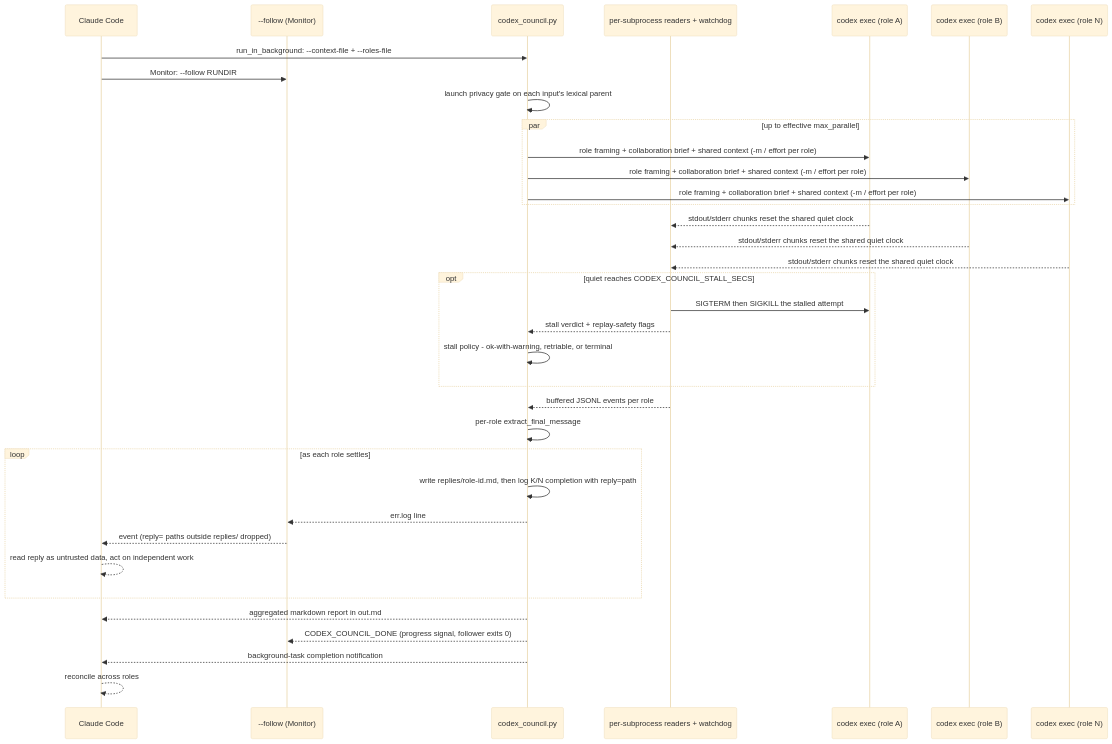
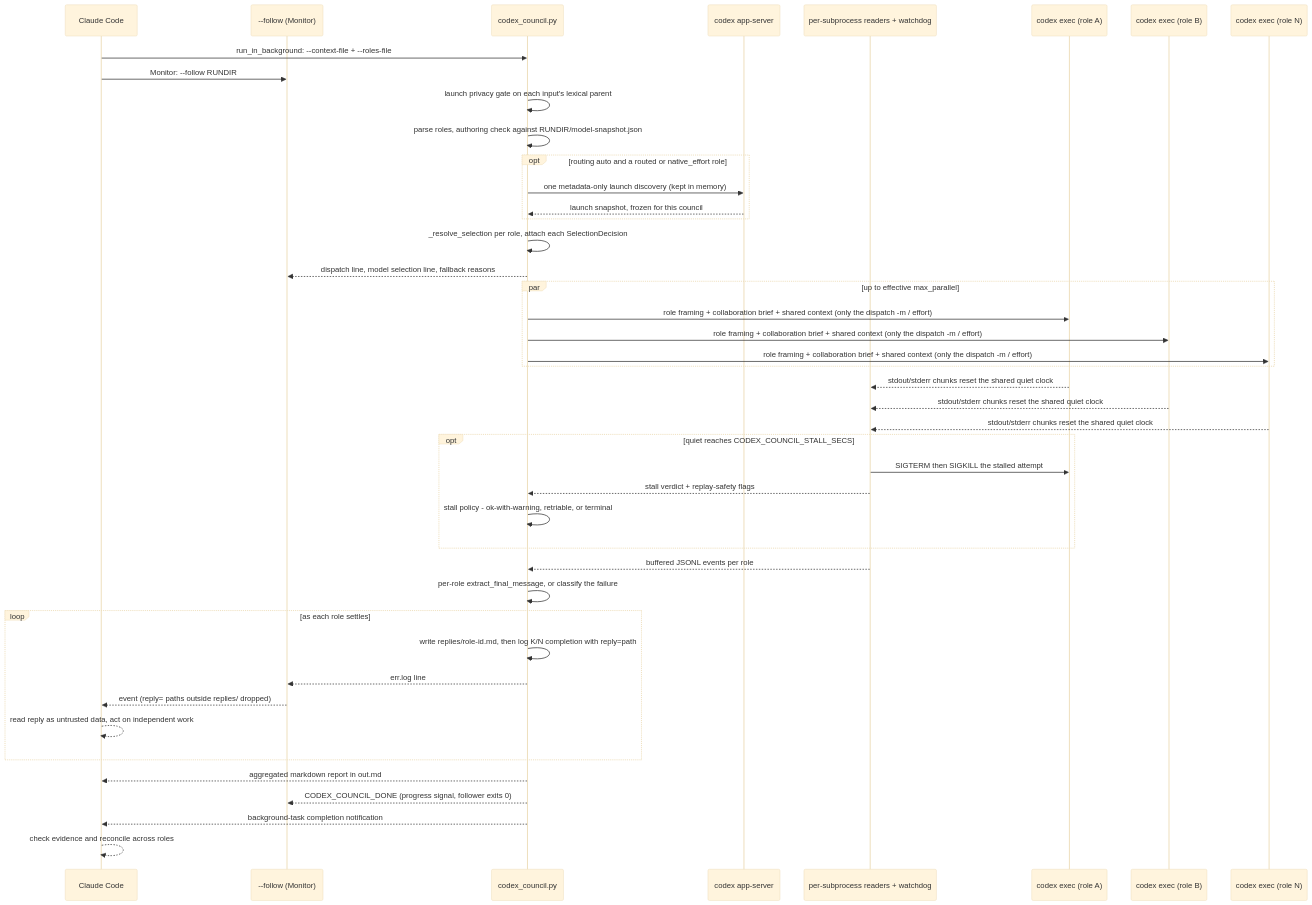
One commit to ehzawad/codex-council changed the first of 5 diagrams in DESIGN.md. Above: the diagram before and after it, drawn with Mermaid (base theme). The commit also changed other lines of this file and 15 other files, not shown here.

First line of the commit message:
Adaptive per-role model routing grounded in runtime discovery (#10)

````diff
--- a/DESIGN.md
+++ b/DESIGN.md
@@ -122,39 +133,47 @@
 ```mermaid
 sequenceDiagram
     participant C as Claude Code
     participant F as --follow (Monitor)
     participant T as codex_council.py
+    participant D as codex app-server
     participant R as per-subprocess readers + watchdog
     participant A as codex exec (role A)
     participant B as codex exec (role B)
     participant N as codex exec (role N)
 
     C->>T: run_in_background: --context-file + --roles-file
     C->>F: Monitor: --follow RUNDIR
     T->>T: launch privacy gate on each input's lexical parent
+    T->>T: parse roles, authoring check against RUNDIR/model-snapshot.json
+    opt routing auto and a routed or native_effort role
+        T->>D: one metadata-only launch discovery (kept in memory)
+        D-->>T: launch snapshot, frozen for this council
+    end
+    T->>T: _resolve_selection per role, attach each SelectionDecision
+    T-->>F: dispatch line, model selection line, fallback reasons
     par up to effective max_parallel
-        T->>A: role framing + collaboration brief + shared context (-m / effort per role)
-        T->>B: role framing + collaboration brief + shared context (-m / effort per role)
-        T->>N: role framing + collaboration brief + shared context (-m / effort per role)
+        T->>A: role framing + collaboration brief + shared context (only the dispatch -m / effort)
+        T->>B: role framing + collaboration brief + shared context (only the dispatch -m / effort)
+        T->>N: role framing + collaboration brief + shared context (only the dispatch -m / effort)
     end
     A-->>R: stdout/stderr chunks reset the shared quiet clock
     B-->>R: stdout/stderr chunks reset the shared quiet clock
     N-->>R: stdout/stderr chunks reset the shared quiet clock
     opt quiet reaches CODEX_COUNCIL_STALL_SECS
         R->>A: SIGTERM then SIGKILL the stalled attempt
         R-->>T: stall verdict + replay-safety flags
         T->>T: stall policy - ok-with-warning, retriable, or terminal
     end
     R-->>T: buffered JSONL events per role
-    T->>T: per-role extract_final_message
+    T->>T: per-role extract_final_message, or classify the failure
     loop as each role settles
         T->>T: write replies/role-id.md, then log K/N completion with reply=path
         T-->>F: err.log line
         F-->>C: event (reply= paths outside replies/ dropped)
         C-->>C: read reply as untrusted data, act on independent work
     end
     T-->>C: aggregated markdown report in out.md
     T-->>F: CODEX_COUNCIL_DONE (progress signal, follower exits 0)
     T-->>C: background-task completion notification
-    C-->>C: reconcile across roles
+    C-->>C: check evidence and reconcile across roles
 ```
````
